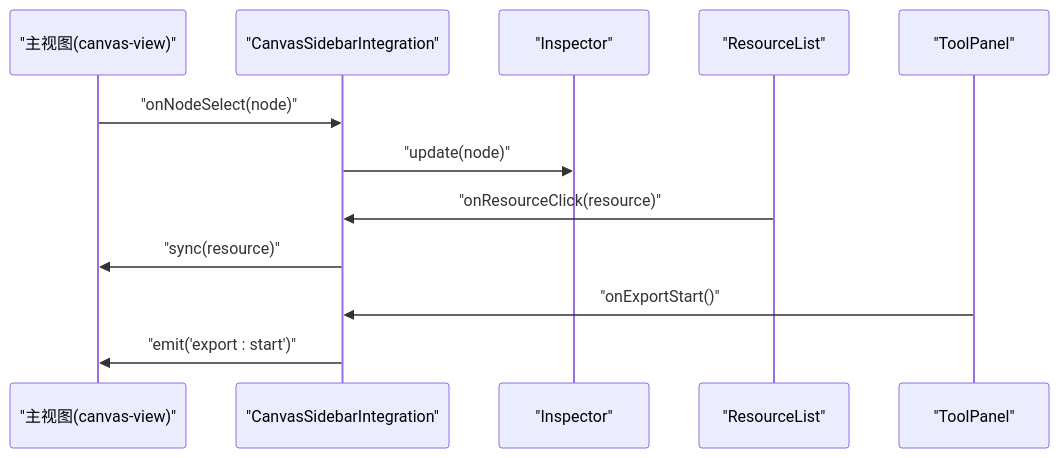
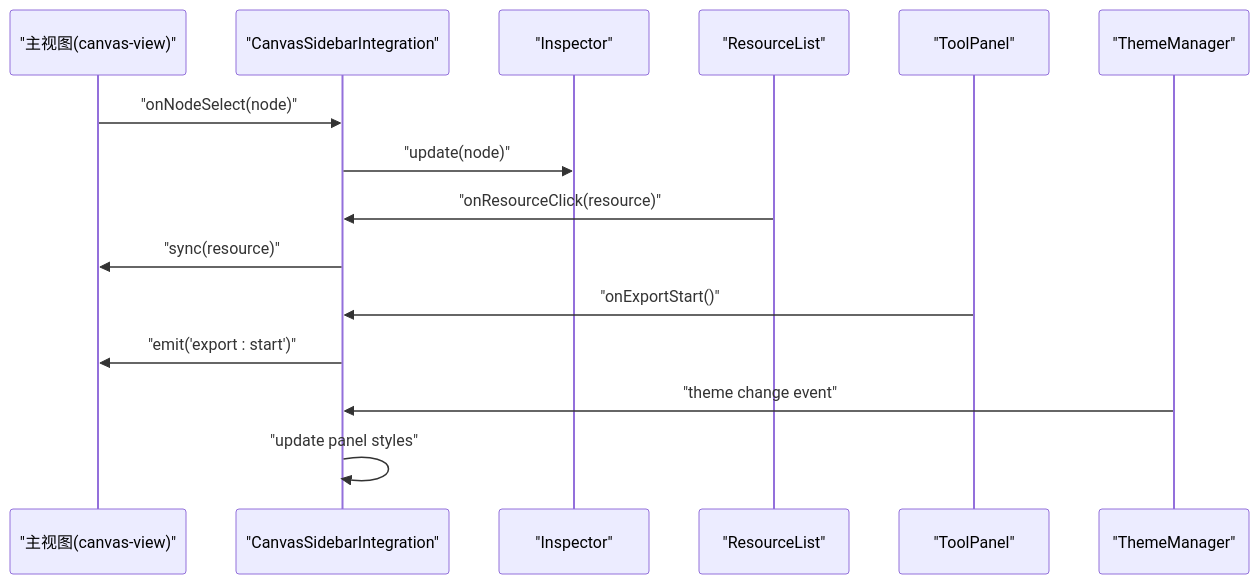
Before and after one commit to AIMFllyYS/code-video-canvas: the fifth of 8 diagrams in .qoder/repowiki/zh/content/UI 组件库/业务组件/侧边栏组件.md, drawn with Mermaid. The commit also changed other lines of this file and 51 other files, not shown here.

````diff
--- a/.qoder/repowiki/zh/content/UI 组件库/业务组件/侧边栏组件.md
+++ b/.qoder/repowiki/zh/content/UI 组件库/业务组件/侧边栏组件.md
@@ -263,14 +297,17 @@
 ```mermaid
 sequenceDiagram
 participant Main as "主视图(canvas-view)"
 participant Side as "CanvasSidebarIntegration"
 participant Ins as "Inspector"
 participant Res as "ResourceList"
 participant Tool as "ToolPanel"
+participant Theme as "ThemeManager"
 Main->>Side : "onNodeSelect(node)"
 Side->>Ins : "update(node)"
 Res->>Side : "onResourceClick(resource)"
 Side->>Main : "sync(resource)"
 Tool->>Side : "onExportStart()"
 Side->>Main : "emit('export : start')"
+Theme->>Side : "theme change event"
+Side->>Side : "update panel styles"
 ```
````
